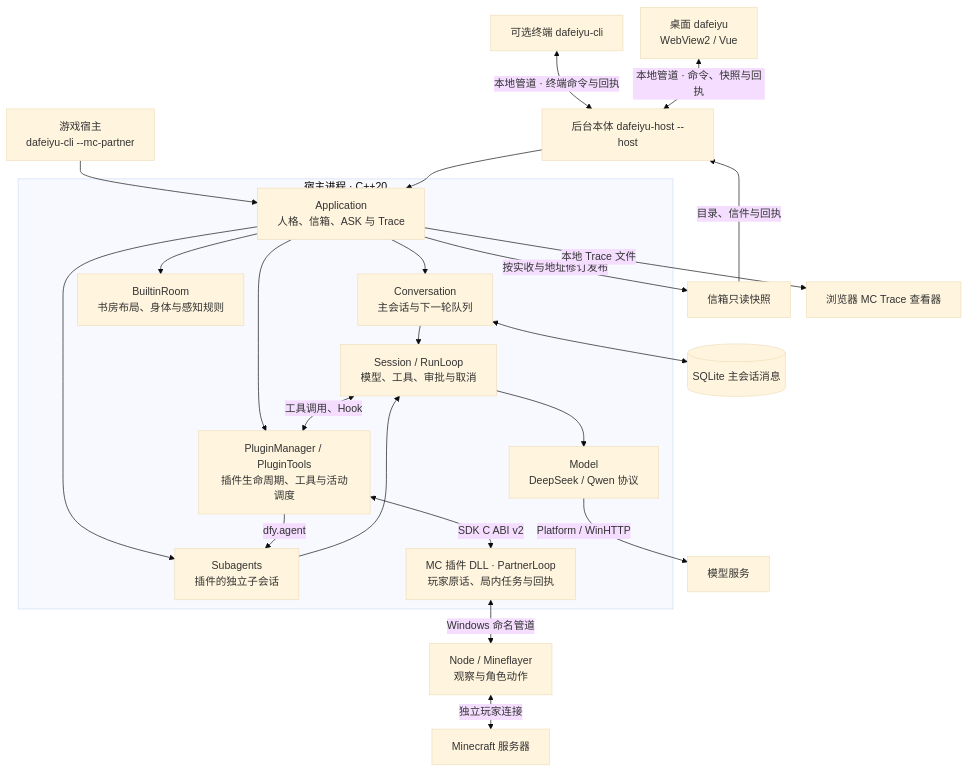
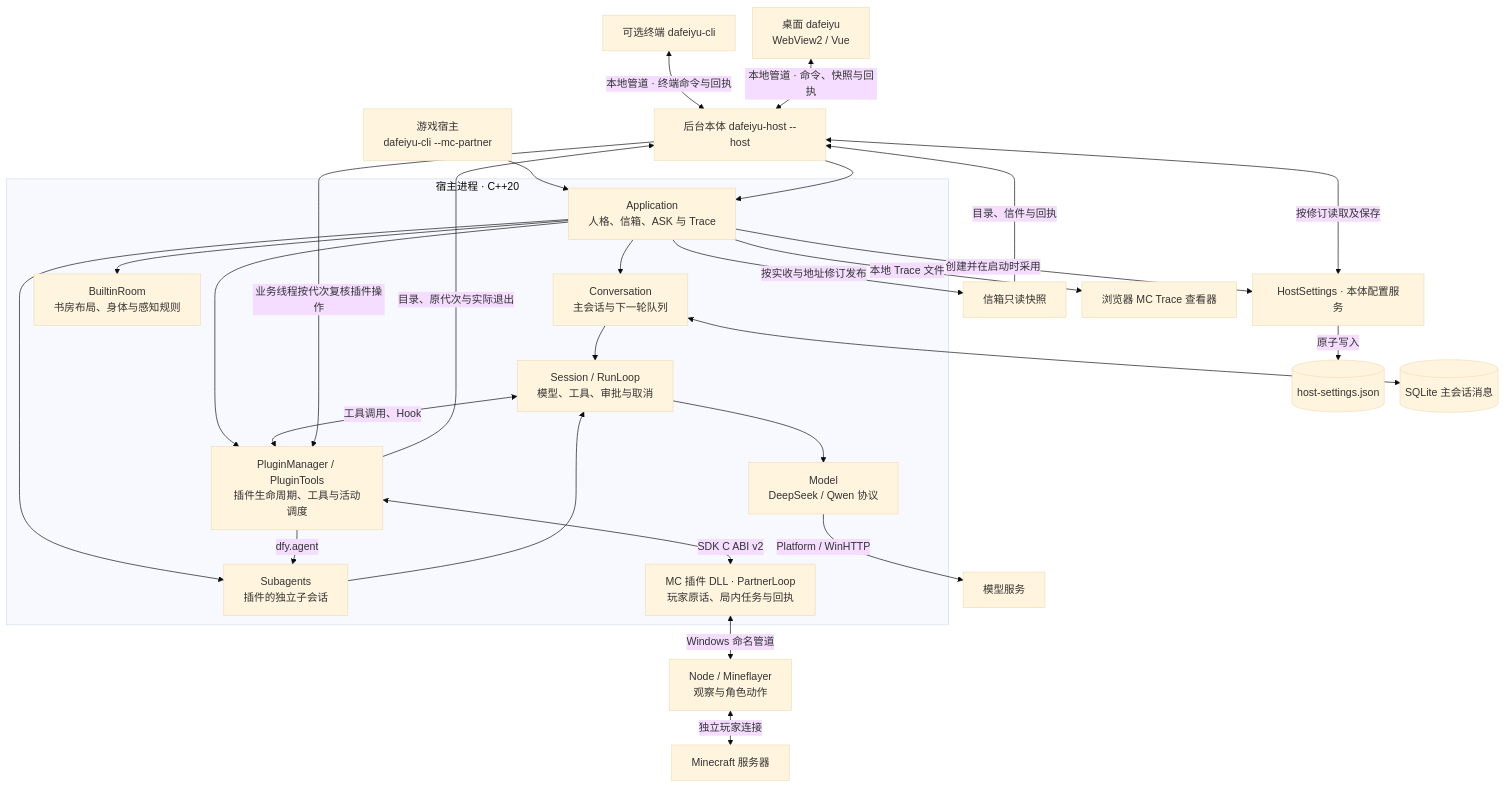
Before and after one commit to AuraKaliya/DaFeiYu-: the first of 5 diagrams in docs/architecture.md, drawn with Mermaid (base theme). The commit also changed other lines of this file and 3 other files, not shown here.

````diff
--- a/docs/architecture.md
+++ b/docs/architecture.md
@@ -48,44 +50,49 @@
 ```mermaid
 ---
 config:
   flowchart:
     rankSpacing: 28
     nodeSpacing: 24
 ---
 flowchart TB
     Terminal["可选终端 dafeiyu-cli"]
     GameHost["游戏宿主<br/>dafeiyu-cli --mc-partner"]
     Gui["桌面 dafeiyu<br/>WebView2 / Vue"]
 
     subgraph Host["宿主进程 · C++20"]
         App["Application<br/>人格、信箱、ASK 与 Trace"]
         Main["Conversation<br/>主会话与下一轮队列"]
         Room["BuiltinRoom<br/>书房布局、身体与感知规则"]
         Child["Subagents<br/>插件的独立子会话"]
         Run["Session / RunLoop<br/>模型、工具、审批与取消"]
         Plugins["PluginManager / PluginTools<br/>插件生命周期、工具与活动调度"]
         Mc["MC 插件 DLL · PartnerLoop<br/>玩家原话、局内任务与回执"]
         Model["Model<br/>DeepSeek / Qwen 协议"]
 
         App --> Main --> Run
         App --> Room
         App --> Child --> Run
         App --> Plugins
         Plugins -->|dfy.agent| Child
         Run <-->|工具调用、Hook| Plugins
         Plugins <-->|SDK C ABI v2| Mc
         Run --> Model
     end
 
     Terminal <-->|本地管道 · 终端命令与回执| Resident
     GameHost --> App
     Gui <-->|本地管道 · 命令、快照与回执| Resident["后台本体 dafeiyu-host --host"]
     Resident --> App
     App -->|按实收与地址修订发布| MailView["信箱只读快照"]
     MailView -->|目录、信件与回执| Resident
+    Resident -->|业务线程按代次复核插件操作| Plugins
+    Plugins -->|目录、原代次与实际退出| Resident
+    App -->|创建并在启动时采用| HostSettings["HostSettings · 本体配置服务"]
+    Resident <-->|按修订读取及保存| HostSettings
+    HostSettings -->|原子写入| SettingsFile[(host-settings.json)]
     Main <--> Messages[(SQLite 主会话消息)]
     App -->|本地 Trace 文件| Viewer["浏览器 MC Trace 查看器"]
     Model -->|Platform / WinHTTP| Service["模型服务"]
     Mc <-->|Windows 命名管道| Bridge["Node / Mineflayer<br/>观察与角色动作"]
     Bridge <-->|独立玩家连接| Minecraft["Minecraft 服务器"]
 ```
````
